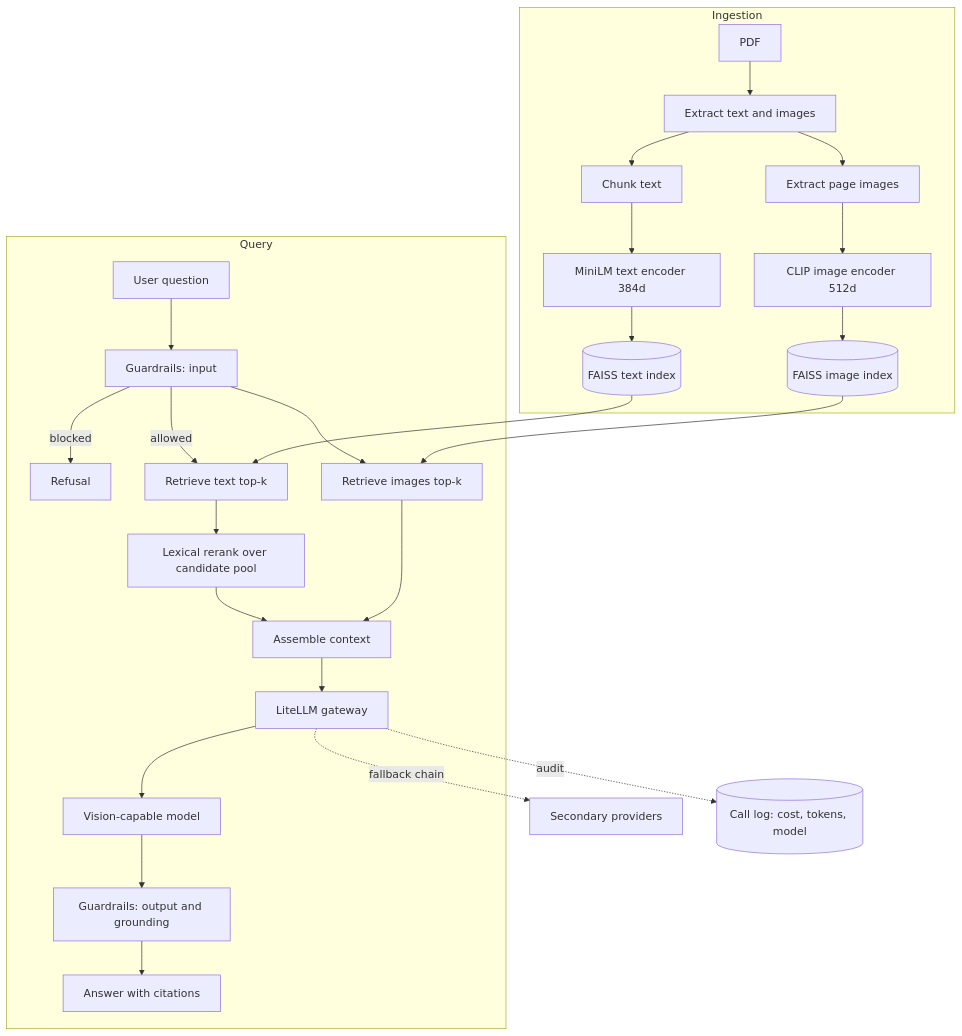
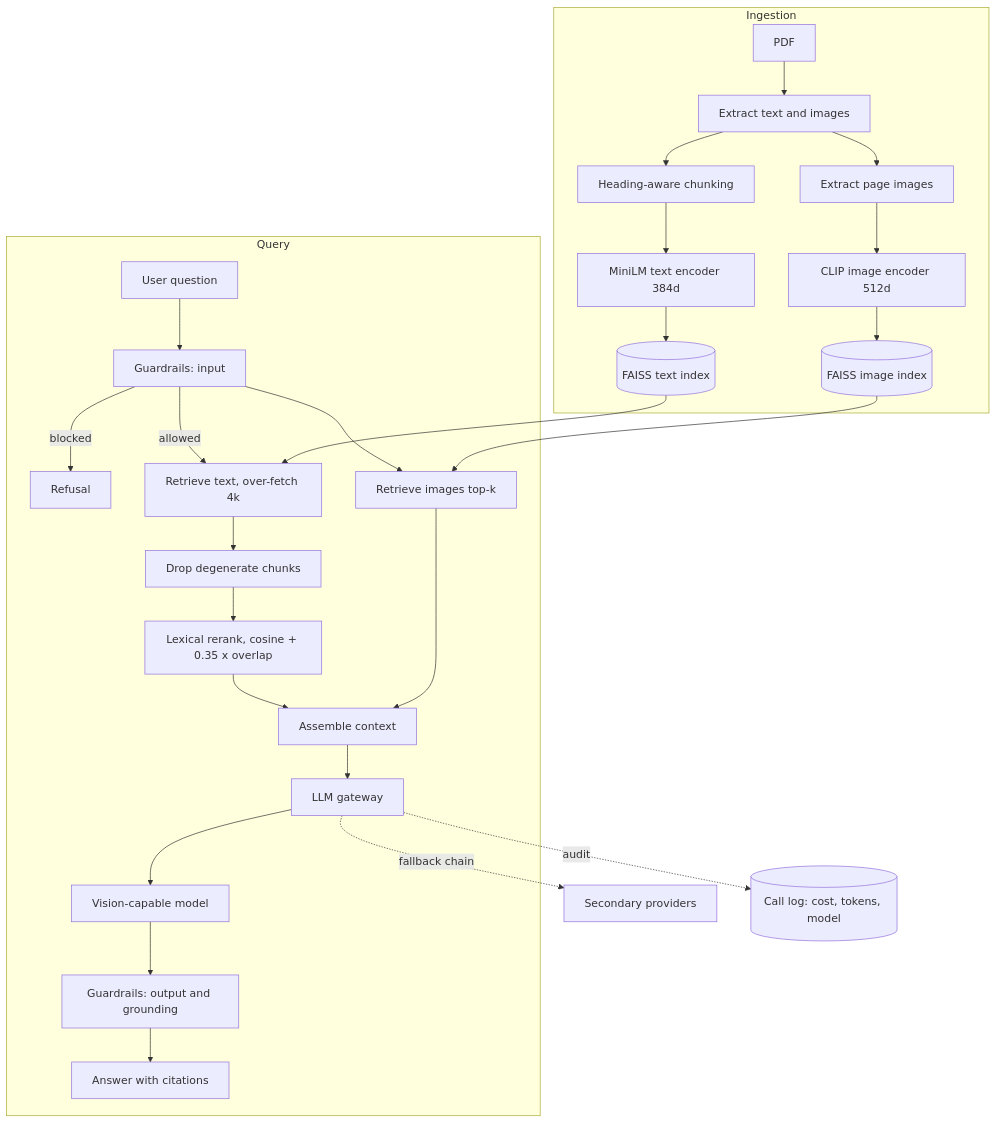
The first of 7 diagrams in README.md (Amith-Ganta/multimodal-rag-guardrails), drawn with Mermaid before and after one commit. The commit also changed other lines of this file and 13 other files, not shown here.

````diff
--- a/README.md
+++ b/README.md
@@ -102,31 +116,32 @@
 ```mermaid
 flowchart TD
     subgraph Ingestion
         PDF[PDF] --> EX[Extract text and images]
-        EX --> CH[Chunk text]
+        EX --> CH[Heading-aware chunking]
         EX --> IM[Extract page images]
         CH --> TE[MiniLM text encoder 384d]
         IM --> IE[CLIP image encoder 512d]
         TE --> TI[(FAISS text index)]
         IE --> II[(FAISS image index)]
     end
 
     subgraph Query
         Q[User question] --> GI[Guardrails: input]
         GI -->|blocked| REF[Refusal]
-        GI -->|allowed| RT[Retrieve text top-k]
+        GI -->|allowed| RT[Retrieve text, over-fetch 4k]
         GI --> RI[Retrieve images top-k]
         TI --> RT
         II --> RI
-        RT --> RR[Lexical rerank over candidate pool]
+        RT --> DF[Drop degenerate chunks]
+        DF --> RR[Lexical rerank, cosine + 0.35 x overlap]
         RR --> CTX[Assemble context]
         RI --> CTX
-        CTX --> GW[LiteLLM gateway]
+        CTX --> GW[LLM gateway]
         GW --> LLM[Vision-capable model]
         LLM --> GO[Guardrails: output and grounding]
         GO --> ANS[Answer with citations]
     end
 
     GW -.fallback chain.-> FB[Secondary providers]
     GW -.audit.-> AU[(Call log: cost, tokens, model)]
 ```
````
